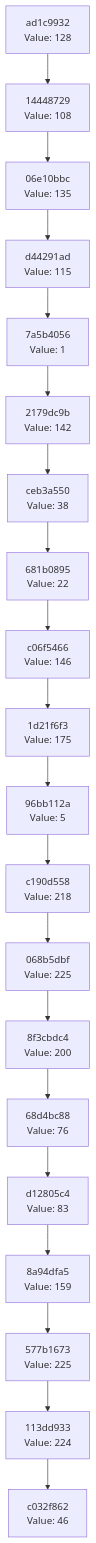
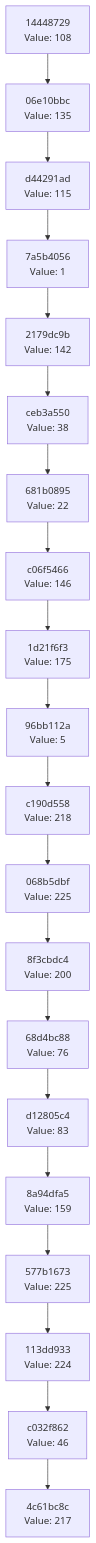
Before and after one commit to Abhisheksinha1506/hash-chain-evolver: the diagram in docs/CHAIN_VISUALIZATION.md, drawn with Mermaid. The commit also changed 3 other files, not shown here.

````diff
--- a/docs/CHAIN_VISUALIZATION.md
+++ b/docs/CHAIN_VISUALIZATION.md
@@ -3,42 +3,42 @@
 ```mermaid
 graph TD
-    C0["c032f862<br/>Value: 46"]
-    C1["113dd933<br/>Value: 224"]
+    C0["4c61bc8c<br/>Value: 217"]
+    C1["c032f862<br/>Value: 46"]
     C1 --> C0
-    C2["577b1673<br/>Value: 225"]
+    C2["113dd933<br/>Value: 224"]
     C2 --> C1
-    C3["8a94dfa5<br/>Value: 159"]
+    C3["577b1673<br/>Value: 225"]
     C3 --> C2
-    C4["d12805c4<br/>Value: 83"]
+    C4["8a94dfa5<br/>Value: 159"]
     C4 --> C3
-    C5["68d4bc88<br/>Value: 76"]
+    C5["d12805c4<br/>Value: 83"]
     C5 --> C4
-    C6["8f3cbdc4<br/>Value: 200"]
+    C6["68d4bc88<br/>Value: 76"]
     C6 --> C5
-    C7["068b5dbf<br/>Value: 225"]
+    C7["8f3cbdc4<br/>Value: 200"]
     C7 --> C6
-    C8["c190d558<br/>Value: 218"]
+    C8["068b5dbf<br/>Value: 225"]
     C8 --> C7
-    C9["96bb112a<br/>Value: 5"]
+    C9["c190d558<br/>Value: 218"]
     C9 --> C8
-    C10["1d21f6f3<br/>Value: 175"]
+    C10["96bb112a<br/>Value: 5"]
     C10 --> C9
-    C11["c06f5466<br/>Value: 146"]
+    C11["1d21f6f3<br/>Value: 175"]
     C11 --> C10
-    C12["681b0895<br/>Value: 22"]
+    C12["c06f5466<br/>Value: 146"]
     C12 --> C11
-    C13["ceb3a550<br/>Value: 38"]
+    C13["681b0895<br/>Value: 22"]
     C13 --> C12
-    C14["2179dc9b<br/>Value: 142"]
+    C14["ceb3a550<br/>Value: 38"]
     C14 --> C13
-    C15["7a5b4056<br/>Value: 1"]
+    C15["2179dc9b<br/>Value: 142"]
     C15 --> C14
-    C16["d44291ad<br/>Value: 115"]
+    C16["7a5b4056<br/>Value: 1"]
     C16 --> C15
-    C17["06e10bbc<br/>Value: 135"]
+    C17["d44291ad<br/>Value: 115"]
     C17 --> C16
-    C18["14448729<br/>Value: 108"]
+    C18["06e10bbc<br/>Value: 135"]
     C18 --> C17
-    C19["ad1c9932<br/>Value: 128"]
+    C19["14448729<br/>Value: 108"]
     C19 --> C18
 ```
````
